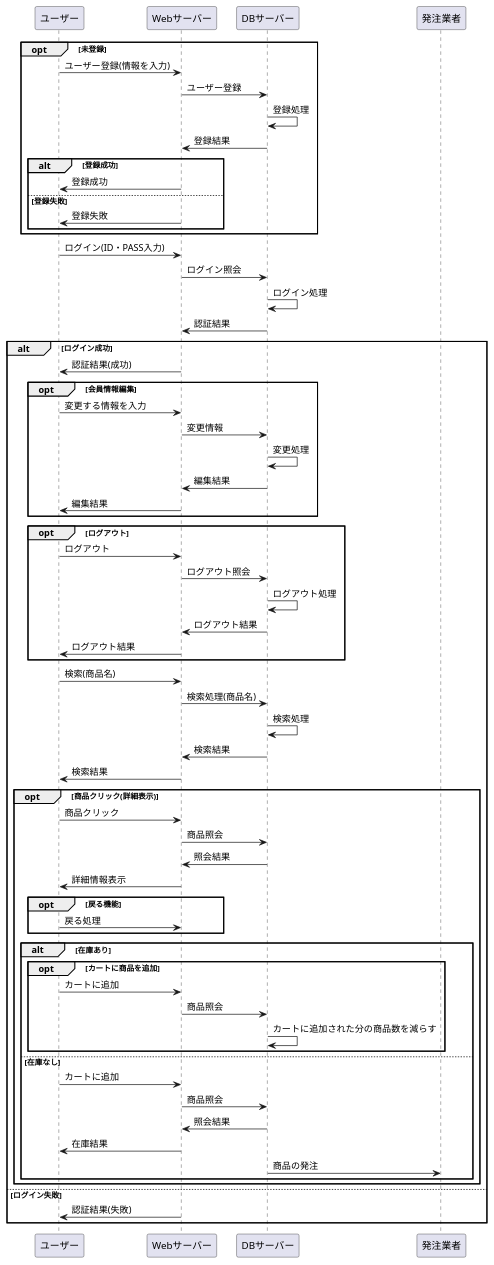
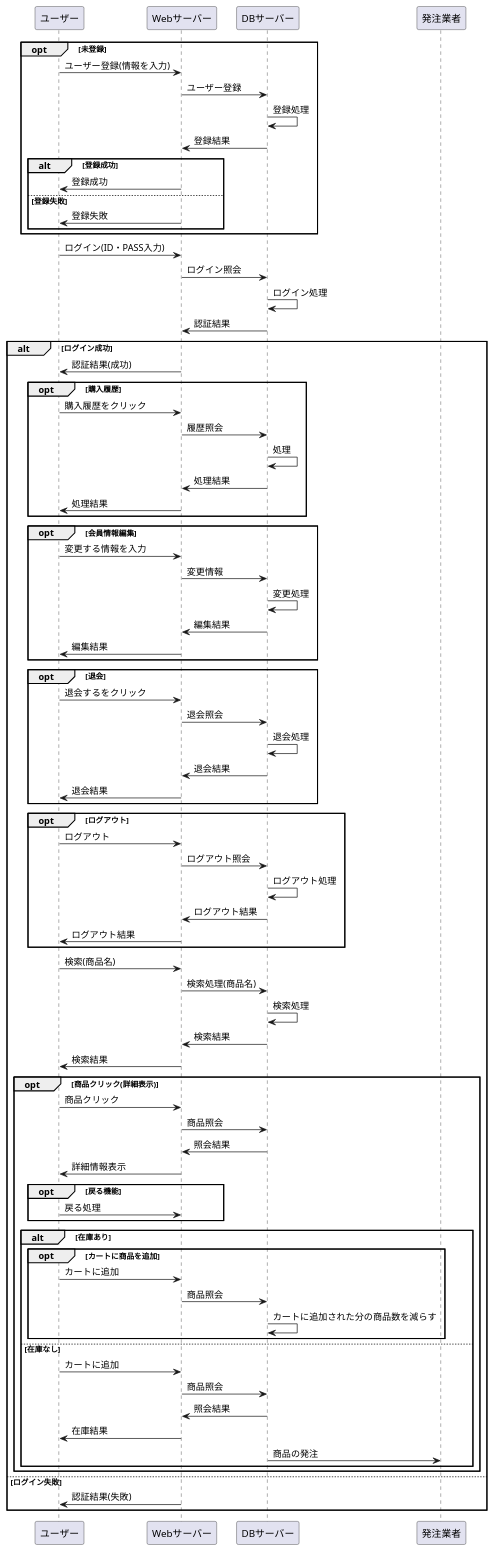
Before and after one commit to Aso2001174/2021sys-design: the diagram in Rainbows/業務フロー4.md, drawn with PlantUML.

```diff
--- a/Rainbows/業務フロー4.md
+++ b/Rainbows/業務フロー4.md
@@ -21,12 +21,28 @@
 alt ログイン成功
 Webサーバー -> ユーザー : 認証結果(成功)
 
+opt 購入履歴
+ユーザー -> Webサーバー : 購入履歴をクリック
+Webサーバー -> DBサーバー : 履歴照会
+DBサーバー -> DBサーバー : 処理
+DBサーバー -> Webサーバー : 処理結果
+Webサーバー -> ユーザー : 処理結果
+end
+
 opt 会員情報編集
 ユーザー -> Webサーバー : 変更する情報を入力
 Webサーバー -> DBサーバー :変更情報
 DBサーバー -> DBサーバー : 変更処理
 DBサーバー -> Webサーバー : 編集結果
 Webサーバー -> ユーザー : 編集結果
+end
+
+opt 退会
+ユーザー -> Webサーバー : 退会するをクリック
+Webサーバー -> DBサーバー : 退会照会
+DBサーバー -> DBサーバー : 退会処理
+DBサーバー -> Webサーバー : 退会結果
+Webサーバー -> ユーザー : 退会結果
 end
 
 opt ログアウト
```
